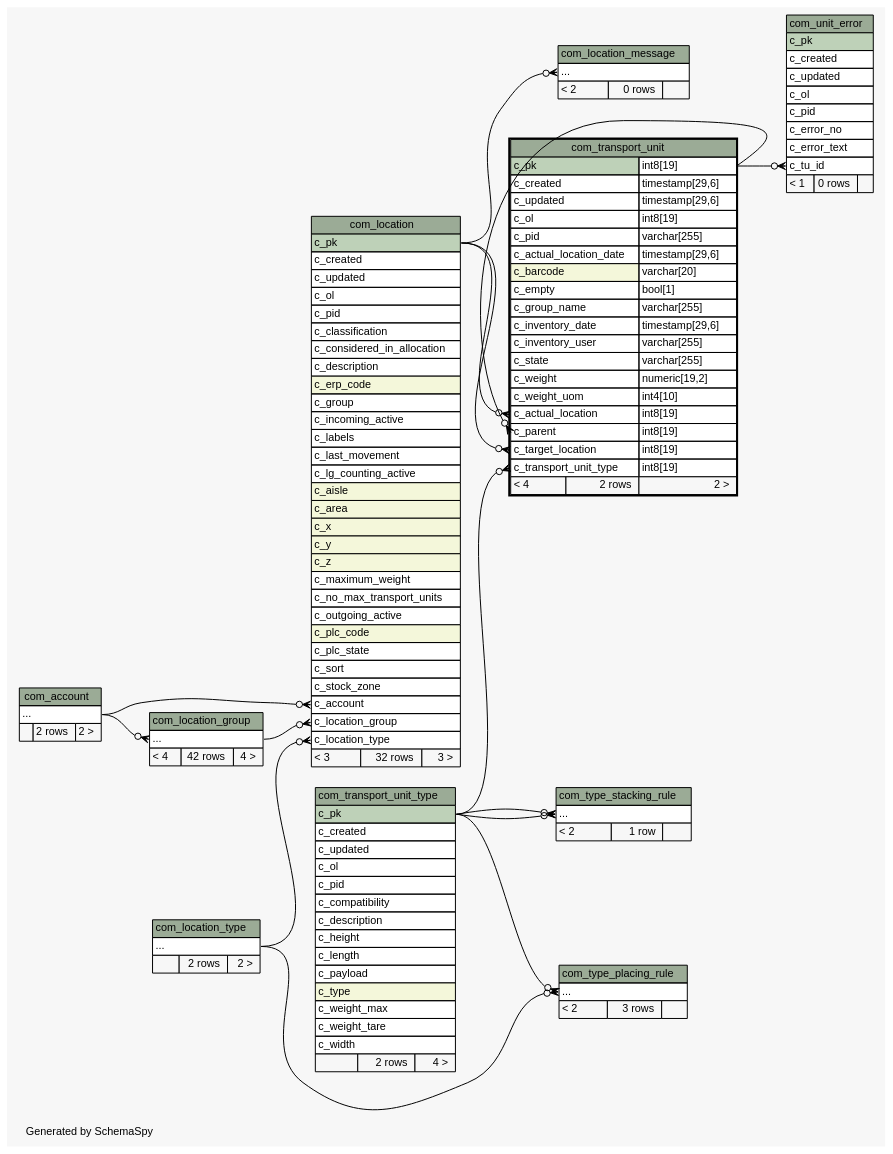
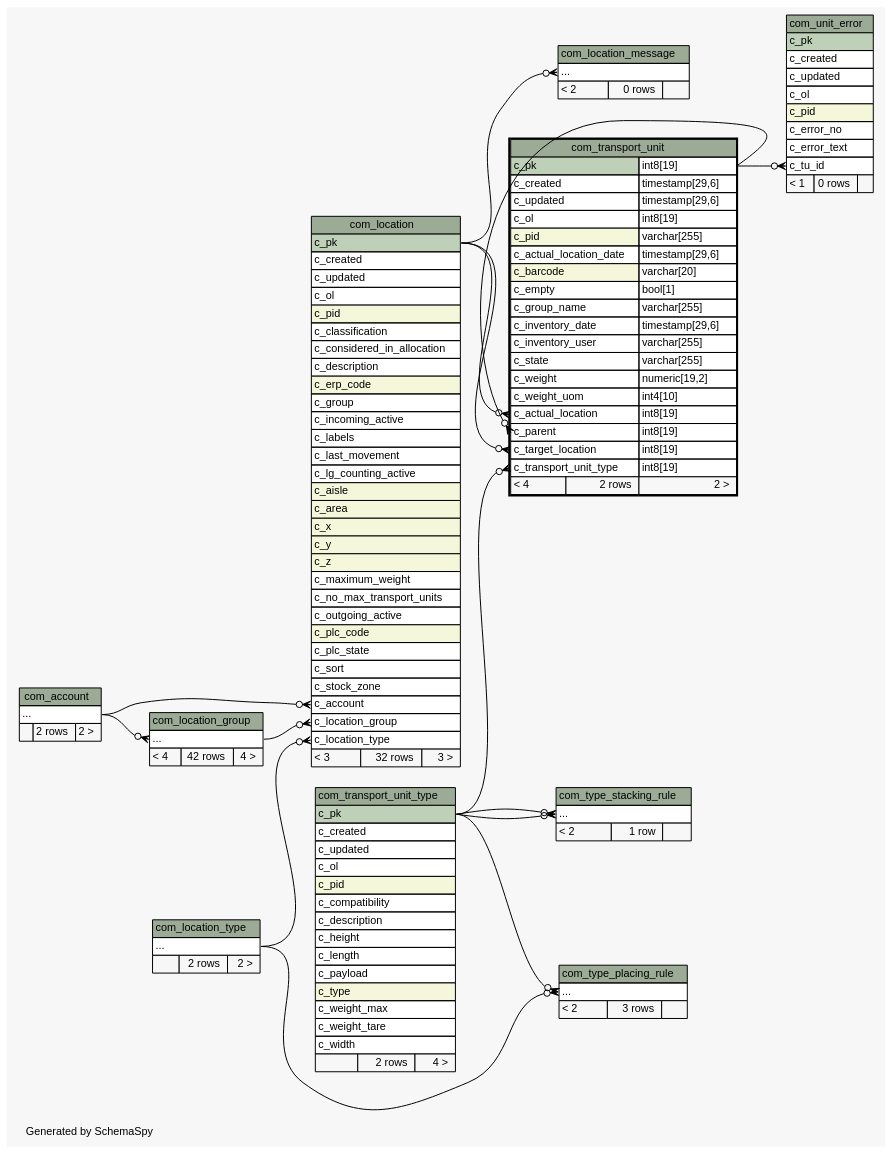
Before and after one commit to openwms/org.openwms.common.service.lib: the diagram in 2.0.0-SNAPSHOT/schemaspy/diagrams/com_transport_unit.2degrees.dot, drawn with Graphviz. The commit also changed 522 other files, not shown here.

```diff
--- a/2.0.0-SNAPSHOT/schemaspy/diagrams/com_transport_unit.2degrees.dot
+++ b/2.0.0-SNAPSHOT/schemaspy/diagrams/com_transport_unit.2degrees.dot
@@ -51,7 +51,7 @@
       <TR><TD PORT="c_created" COLSPAN="3" ALIGN="LEFT">c_created</TD></TR>
       <TR><TD PORT="c_updated" COLSPAN="3" ALIGN="LEFT">c_updated</TD></TR>
       <TR><TD PORT="c_ol" COLSPAN="3" ALIGN="LEFT">c_ol</TD></TR>
-      <TR><TD PORT="c_pid" COLSPAN="3" ALIGN="LEFT">c_pid</TD></TR>
+      <TR><TD PORT="c_pid" COLSPAN="3" BGCOLOR="#f4f7da" ALIGN="LEFT">c_pid</TD></TR>
       <TR><TD PORT="c_classification" COLSPAN="3" ALIGN="LEFT">c_classification</TD></TR>
       <TR><TD PORT="c_considered_in_allocation" COLSPAN="3" ALIGN="LEFT">c_considered_in_allocation</TD></TR>
       <TR><TD PORT="c_description" COLSPAN="3" ALIGN="LEFT">c_description</TD></TR>
@@ -119,7 +119,7 @@
       <TR><TD PORT="c_created" COLSPAN="2" ALIGN="LEFT">c_created</TD><TD PORT="c_created.type" ALIGN="LEFT">timestamp[29,6]</TD></TR>
       <TR><TD PORT="c_updated" COLSPAN="2" ALIGN="LEFT">c_updated</TD><TD PORT="c_updated.type" ALIGN="LEFT">timestamp[29,6]</TD></TR>
       <TR><TD PORT="c_ol" COLSPAN="2" ALIGN="LEFT">c_ol</TD><TD PORT="c_ol.type" ALIGN="LEFT">int8[19]</TD></TR>
-      <TR><TD PORT="c_pid" COLSPAN="2" ALIGN="LEFT">c_pid</TD><TD PORT="c_pid.type" ALIGN="LEFT">varchar[255]</TD></TR>
+      <TR><TD PORT="c_pid" COLSPAN="2" BGCOLOR="#f4f7da" ALIGN="LEFT">c_pid</TD><TD PORT="c_pid.type" ALIGN="LEFT">varchar[255]</TD></TR>
       <TR><TD PORT="c_actual_location_date" COLSPAN="2" ALIGN="LEFT">c_actual_location_date</TD><TD PORT="c_actual_location_date.type" ALIGN="LEFT">timestamp[29,6]</TD></TR>
       <TR><TD PORT="c_barcode" COLSPAN="2" BGCOLOR="#f4f7da" ALIGN="LEFT">c_barcode</TD><TD PORT="c_barcode.type" ALIGN="LEFT">varchar[20]</TD></TR>
       <TR><TD PORT="c_empty" COLSPAN="2" ALIGN="LEFT">c_empty</TD><TD PORT="c_empty.type" ALIGN="LEFT">bool[1]</TD></TR>
@@ -146,7 +146,7 @@
       <TR><TD PORT="c_created" COLSPAN="3" ALIGN="LEFT">c_created</TD></TR>
       <TR><TD PORT="c_updated" COLSPAN="3" ALIGN="LEFT">c_updated</TD></TR>
       <TR><TD PORT="c_ol" COLSPAN="3" ALIGN="LEFT">c_ol</TD></TR>
-      <TR><TD PORT="c_pid" COLSPAN="3" ALIGN="LEFT">c_pid</TD></TR>
+      <TR><TD PORT="c_pid" COLSPAN="3" BGCOLOR="#f4f7da" ALIGN="LEFT">c_pid</TD></TR>
       <TR><TD PORT="c_compatibility" COLSPAN="3" ALIGN="LEFT">c_compatibility</TD></TR>
       <TR><TD PORT="c_description" COLSPAN="3" ALIGN="LEFT">c_description</TD></TR>
       <TR><TD PORT="c_height" COLSPAN="3" ALIGN="LEFT">c_height</TD></TR>
@@ -189,7 +189,7 @@
       <TR><TD PORT="c_created" COLSPAN="3" ALIGN="LEFT">c_created</TD></TR>
       <TR><TD PORT="c_updated" COLSPAN="3" ALIGN="LEFT">c_updated</TD></TR>
       <TR><TD PORT="c_ol" COLSPAN="3" ALIGN="LEFT">c_ol</TD></TR>
-      <TR><TD PORT="c_pid" COLSPAN="3" ALIGN="LEFT">c_pid</TD></TR>
+      <TR><TD PORT="c_pid" COLSPAN="3" BGCOLOR="#f4f7da" ALIGN="LEFT">c_pid</TD></TR>
       <TR><TD PORT="c_error_no" COLSPAN="3" ALIGN="LEFT">c_error_no</TD></TR>
       <TR><TD PORT="c_error_text" COLSPAN="3" ALIGN="LEFT">c_error_text</TD></TR>
       <TR><TD PORT="c_tu_id" COLSPAN="3" ALIGN="LEFT">c_tu_id</TD></TR>
```
